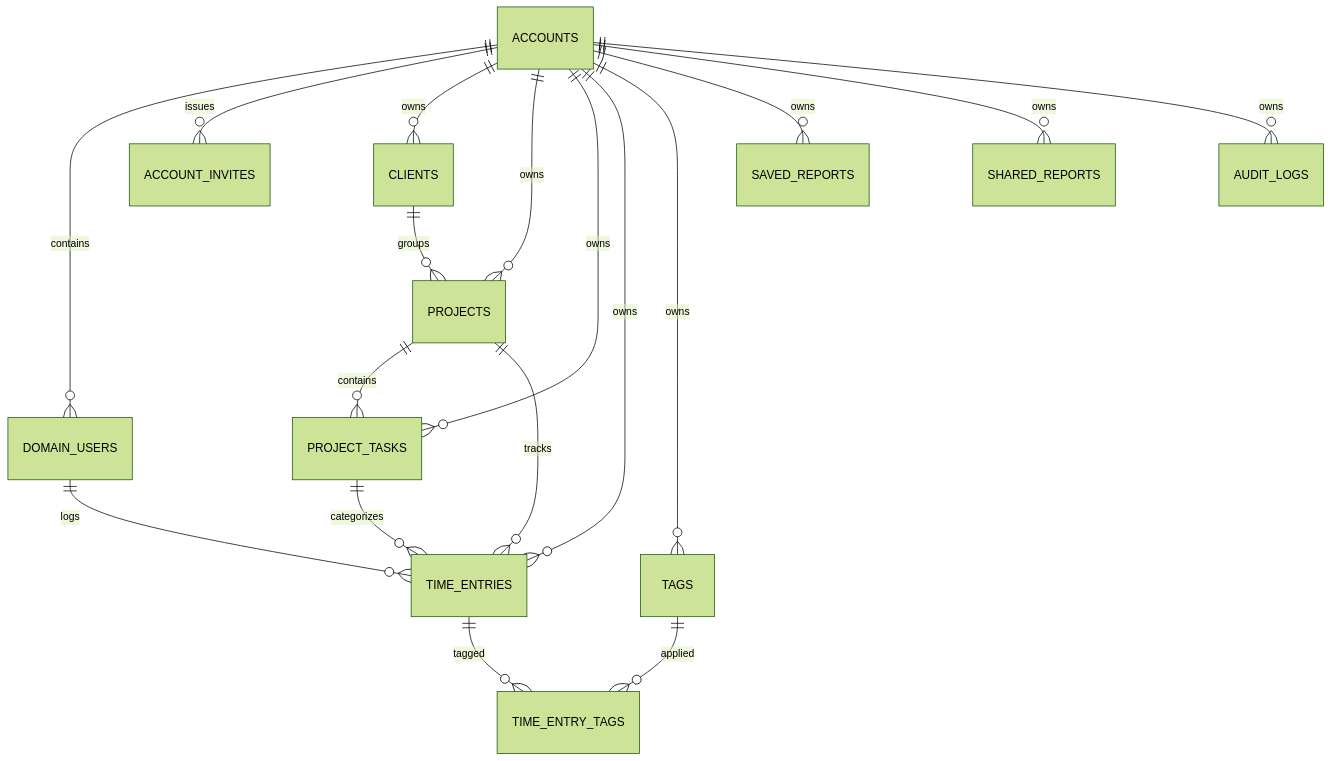
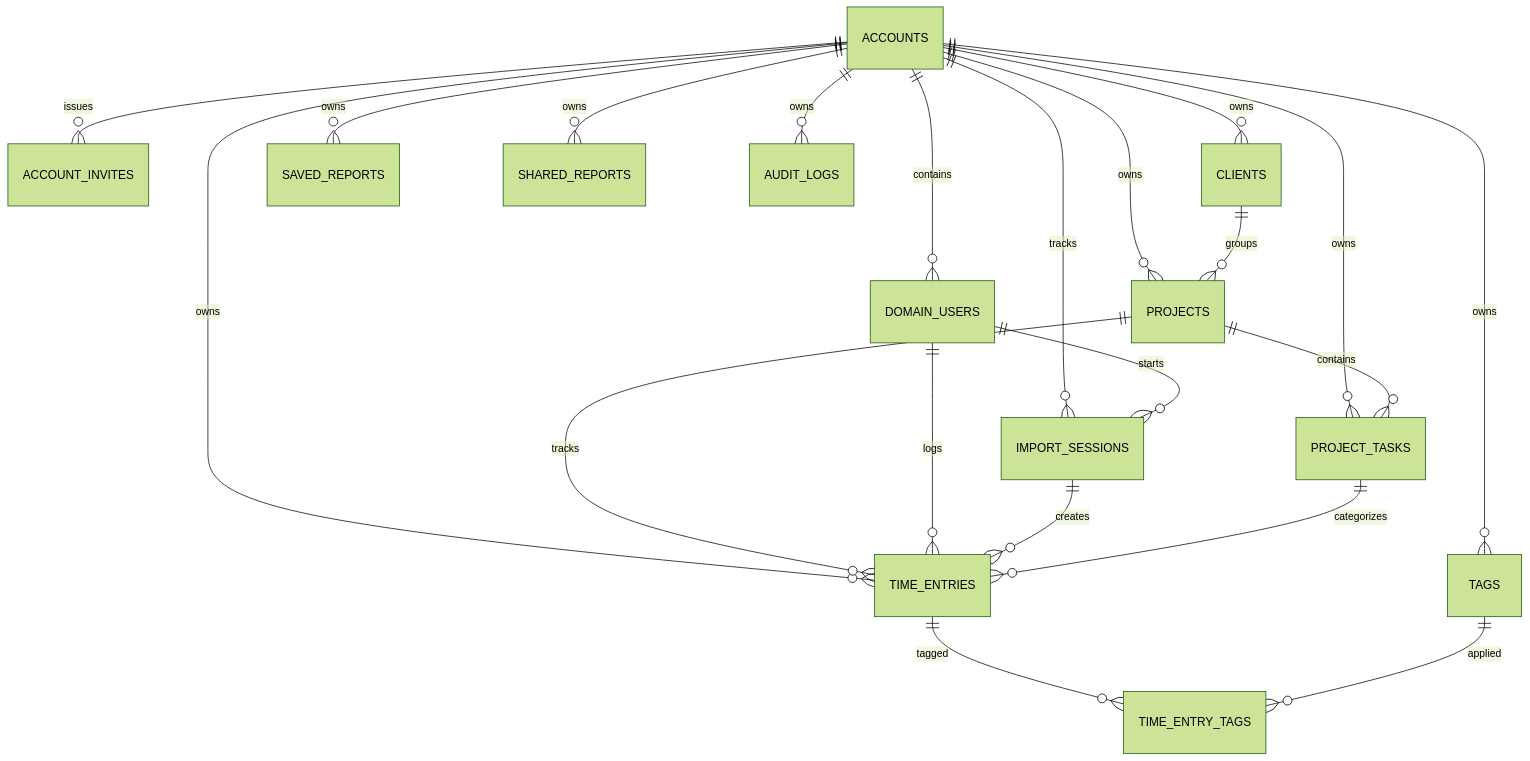
Before and after one commit to andremorata/tempobase-lite: the diagram in docs/02-database.md, drawn with Mermaid (forest theme). The commit also changed other lines of this file and 11 other files, not shown here.

````diff
--- a/docs/02-database.md
+++ b/docs/02-database.md
@@ -40,21 +41,24 @@
 ```mermaid
 erDiagram
   ACCOUNTS ||--o{ DOMAIN_USERS : contains
   ACCOUNTS ||--o{ ACCOUNT_INVITES : issues
   ACCOUNTS ||--o{ CLIENTS : owns
   ACCOUNTS ||--o{ PROJECTS : owns
   ACCOUNTS ||--o{ PROJECT_TASKS : owns
   ACCOUNTS ||--o{ TIME_ENTRIES : owns
+  ACCOUNTS ||--o{ IMPORT_SESSIONS : tracks
   ACCOUNTS ||--o{ TAGS : owns
   ACCOUNTS ||--o{ SAVED_REPORTS : owns
   ACCOUNTS ||--o{ SHARED_REPORTS : owns
   ACCOUNTS ||--o{ AUDIT_LOGS : owns
 
   CLIENTS ||--o{ PROJECTS : groups
   PROJECTS ||--o{ PROJECT_TASKS : contains
   PROJECTS ||--o{ TIME_ENTRIES : tracks
   DOMAIN_USERS ||--o{ TIME_ENTRIES : logs
+  DOMAIN_USERS ||--o{ IMPORT_SESSIONS : starts
+  IMPORT_SESSIONS ||--o{ TIME_ENTRIES : creates
   PROJECT_TASKS ||--o{ TIME_ENTRIES : categorizes
   TIME_ENTRIES ||--o{ TIME_ENTRY_TAGS : tagged
   TAGS ||--o{ TIME_ENTRY_TAGS : applied
 ```
````
